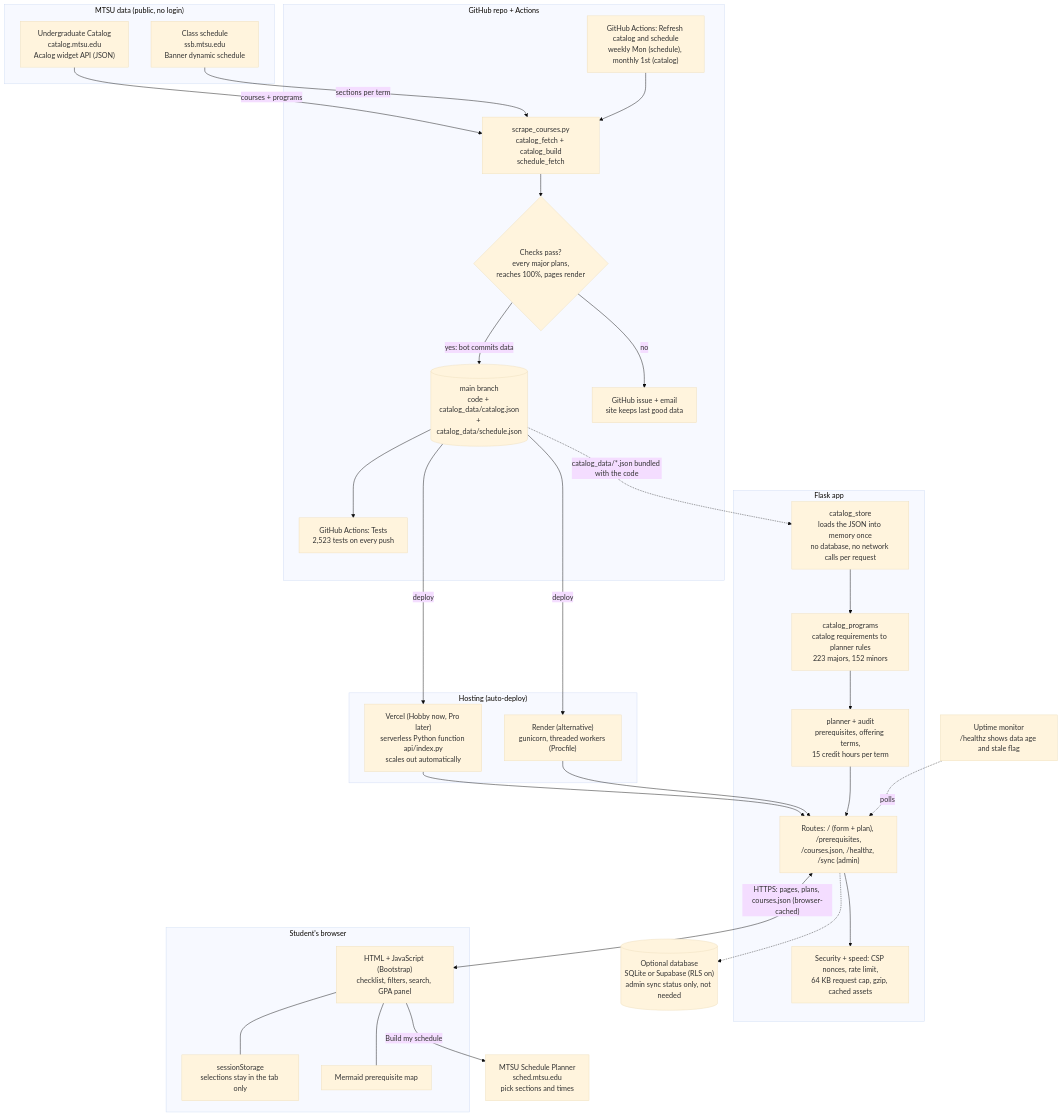
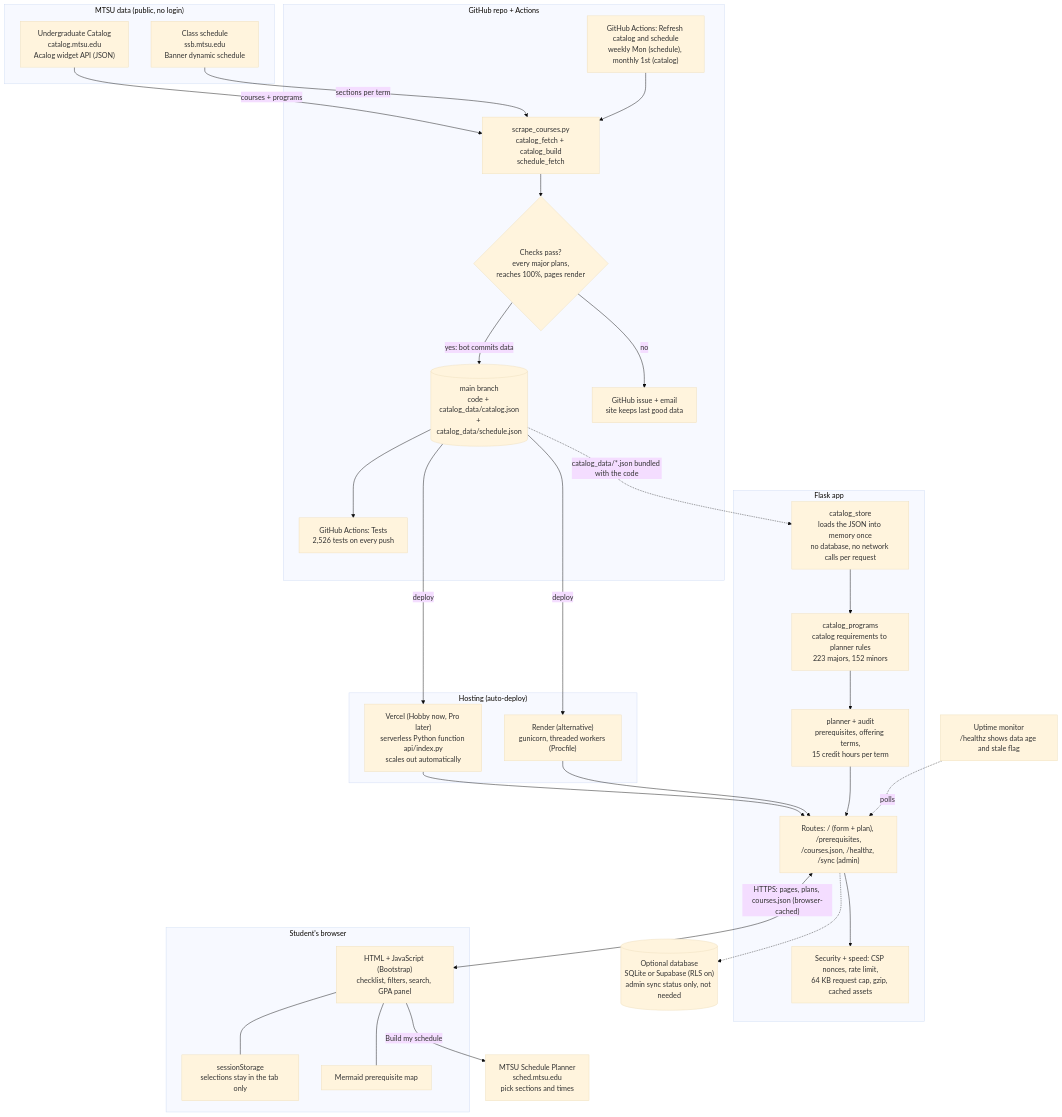
One commit to stevenGGG23/MTSU-GradPath changed the diagram in README.md. Above: the diagram before and after it, drawn with Mermaid (base theme). The commit also changed other lines of this file and 4 other files, not shown here.

````diff
--- a/README.md
+++ b/README.md
@@ -276,60 +279,60 @@
 ```mermaid
 flowchart TB
     subgraph MTSU["MTSU data (public, no login)"]
         CAT["Undergraduate Catalog<br/>catalog.mtsu.edu<br/>Acalog widget API (JSON)"]
         SCH["Class schedule<br/>ssb.mtsu.edu<br/>Banner dynamic schedule"]
     end
 
     subgraph GH["GitHub repo + Actions"]
         REFRESH["GitHub Actions: Refresh catalog and schedule<br/>weekly Mon (schedule), monthly 1st (catalog)"]
         EXPORT["scrape_courses.py<br/>catalog_fetch + catalog_build<br/>schedule_fetch"]
         GATE{"Checks pass?<br/>every major plans,<br/>reaches 100%, pages render"}
         REPO[("main branch<br/>code + catalog_data/catalog.json<br/>+ catalog_data/schedule.json")]
         ISSUE["GitHub issue + email<br/>site keeps last good data"]
-        TESTS["GitHub Actions: Tests<br/>2,523 tests on every push"]
+        TESTS["GitHub Actions: Tests<br/>2,526 tests on every push"]
     end
 
     subgraph HOST["Hosting (auto-deploy)"]
         VERCEL["Vercel (Hobby now, Pro later)<br/>serverless Python function api/index.py<br/>scales out automatically"]
         RENDER["Render (alternative)<br/>gunicorn, threaded workers (Procfile)"]
     end
 
     subgraph APP["Flask app"]
         STORE["catalog_store<br/>loads the JSON into memory once<br/>no database, no network calls per request"]
         CONVERT["catalog_programs<br/>catalog requirements to planner rules<br/>223 majors, 152 minors"]
         PLAN["planner + audit<br/>prerequisites, offering terms,<br/>15 credit hours per term"]
         ROUTES["Routes: / (form + plan), /prerequisites,<br/>/courses.json, /healthz, /sync (admin)"]
         HARDEN["Security + speed: CSP nonces, rate limit,<br/>64 KB request cap, gzip, cached assets"]
     end
 
     subgraph USER["Student's browser"]
         PAGE["HTML + JavaScript (Bootstrap)<br/>checklist, filters, search, GPA panel"]
         LOCAL["sessionStorage<br/>selections stay in the tab only"]
         MERMAID["Mermaid prerequisite map"]
     end
 
     SP["MTSU Schedule Planner<br/>sched.mtsu.edu<br/>pick sections and times"]
 
     DB[("Optional database<br/>SQLite or Supabase (RLS on)<br/>admin sync status only, not needed")]
     MON["Uptime monitor<br/>/healthz shows data age and stale flag"]
 
     CAT -->|"courses + programs"| EXPORT
     SCH -->|"sections per term"| EXPORT
     REFRESH --> EXPORT --> GATE
     GATE -->|"yes: bot commits data"| REPO
     GATE -->|"no"| ISSUE
     REPO --> TESTS
     REPO -->|"deploy"| VERCEL
     REPO -->|"deploy"| RENDER
     VERCEL --> ROUTES
     RENDER --> ROUTES
     ROUTES --> HARDEN
     STORE --> CONVERT --> PLAN --> ROUTES
     REPO -.->|"catalog_data/*.json bundled with the code"| STORE
     ROUTES <-->|"HTTPS: pages, plans, courses.json (browser-cached)"| PAGE
     PAGE --- LOCAL
     PAGE --- MERMAID
     PAGE -->|"Build my schedule"| SP
     ROUTES -.-> DB
     MON -.->|"polls"| ROUTES
 ```
````
